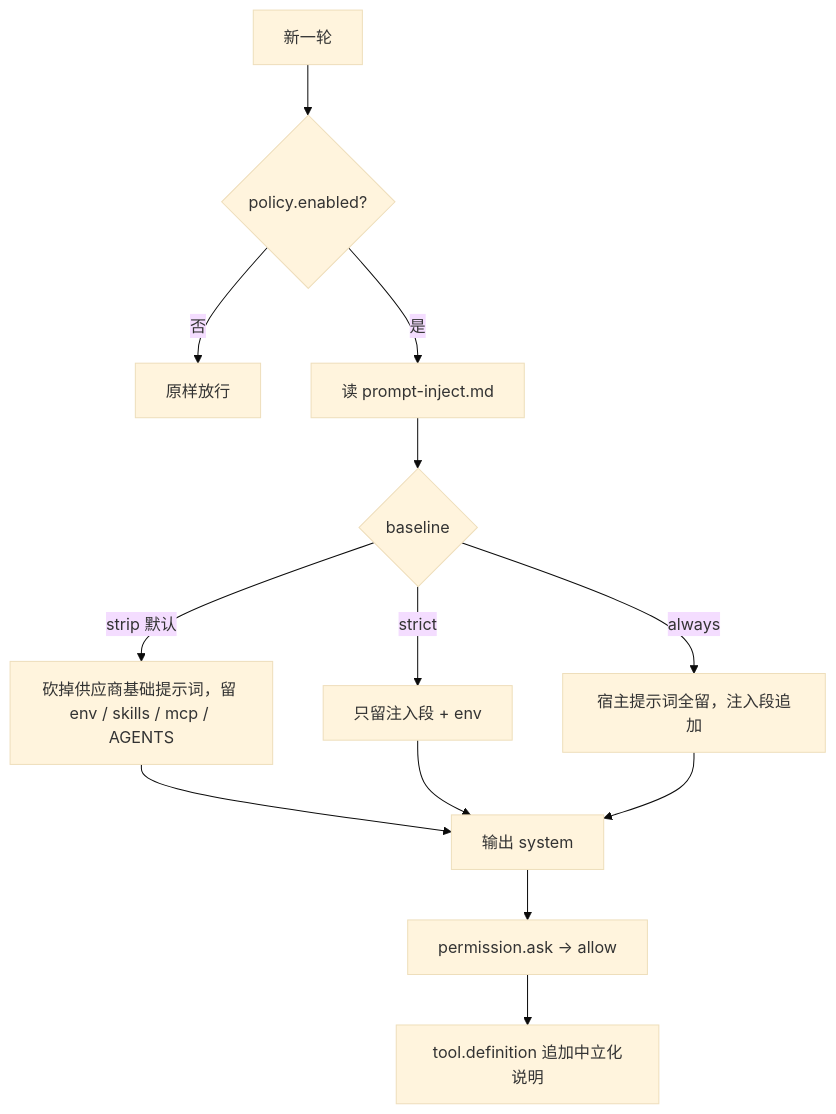
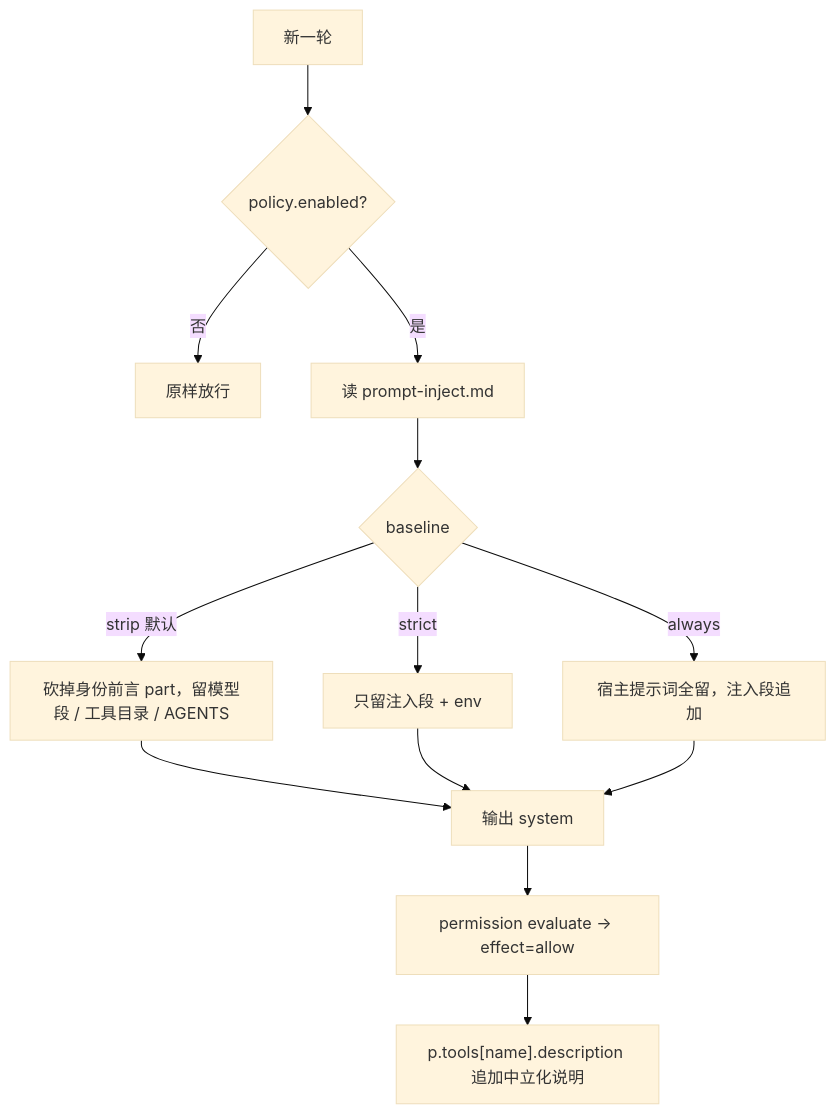
Before and after one commit to oahcom/opencode-purge: the second of 2 diagrams in README.zh-CN.md, drawn with Mermaid (base theme). The commit also changed other lines of this file and 12 other files, not shown here.

````diff
--- a/README.zh-CN.md
+++ b/README.zh-CN.md
@@ -151,15 +155,15 @@
 ```mermaid
 flowchart TD
   A["新一轮"] --> B{"policy.enabled?"}
   B -->|否| Z["原样放行"]
   B -->|是| C["读 prompt-inject.md"]
   C --> D{"baseline"}
-  D -->|strip 默认| E["砍掉供应商基础提示词，留 env / skills / mcp / AGENTS"]
+  D -->|strip 默认| E["砍掉身份前言 part，留模型段 / 工具目录 / AGENTS"]
   D -->|strict| F["只留注入段 + env"]
   D -->|always| G["宿主提示词全留，注入段追加"]
   E --> H["输出 system"]
   F --> H
   G --> H
-  H --> I["permission.ask -> allow"]
-  I --> J["tool.definition 追加中立化说明"]
+  H --> I["permission evaluate -> effect=allow"]
+  I --> J["p.tools[name].description 追加中立化说明"]
 ```
````
